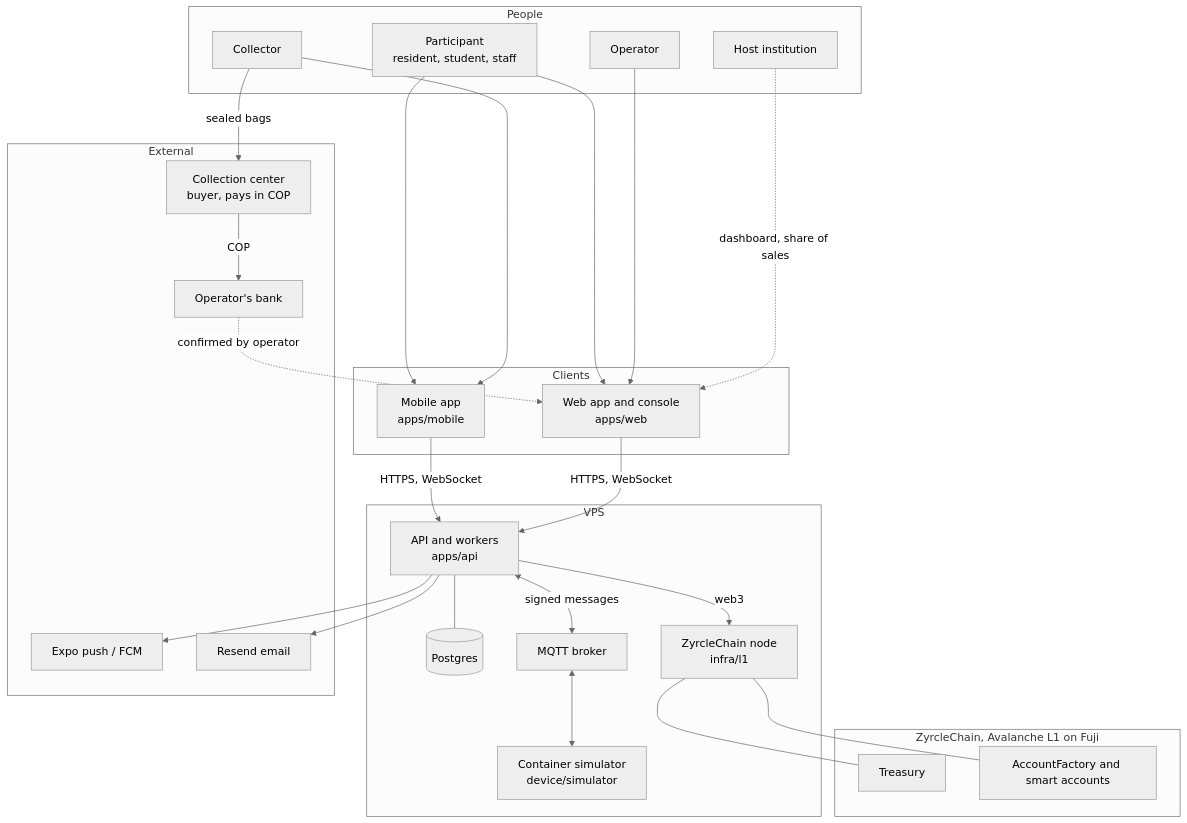
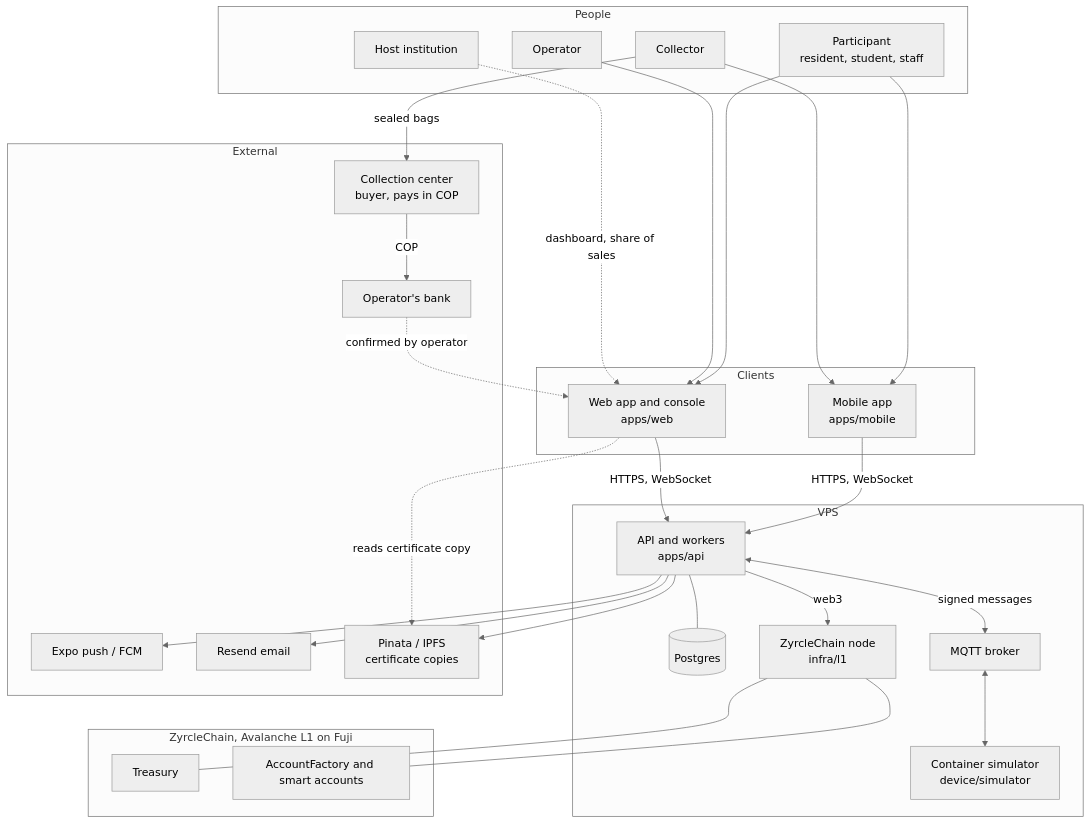
Before and after one commit to diegowritescode/zyrcle: the diagram in docs/architecture.md, drawn with Mermaid (neutral theme). The commit also changed 26 other files, not shown here.

First line of the commit message:
Impact certificates get a permanent public copy on IPFS (ADR 0027 amendment)

````diff
--- a/docs/architecture.md
+++ b/docs/architecture.md
@@ -12,40 +12,42 @@
 ```mermaid
 flowchart TB
     subgraph People
         P[Participant<br/>resident, student, staff]
         Co[Collector]
         Op[Operator]
         H[Host institution]
     end
     subgraph Clients
         M[Mobile app<br/>apps/mobile]
         W[Web app and console<br/>apps/web]
     end
     subgraph Backend[VPS]
         API[API and workers<br/>apps/api]
         DB[(Postgres)]
         MQ[MQTT broker]
         SIM[Container simulator<br/>device/simulator]
         L1[ZyrcleChain node<br/>infra/l1]
     end
     subgraph Chain[ZyrcleChain, Avalanche L1 on Fuji]
         T[Treasury]
         F[AccountFactory and smart accounts]
     end
     subgraph External
         EX[Expo push / FCM]
         RS[Resend email]
+        IP[Pinata / IPFS<br/>certificate copies]
         CC[Collection center<br/>buyer, pays in COP]
         BK[Operator's bank]
     end
     P --> M & W
     Co --> M
     Op --> W
     H -. dashboard, share of sales .-> W
     M & W -->|HTTPS, WebSocket| API
     API --- DB
     API <-->|signed messages| MQ <--> SIM
     API -->|web3| L1 --- T & F
-    API --> EX & RS
+    API --> EX & RS & IP
+    W -. reads certificate copy .-> IP
     Co -->|sealed bags| CC -->|COP| BK -. confirmed by operator .-> W
 ```
````
